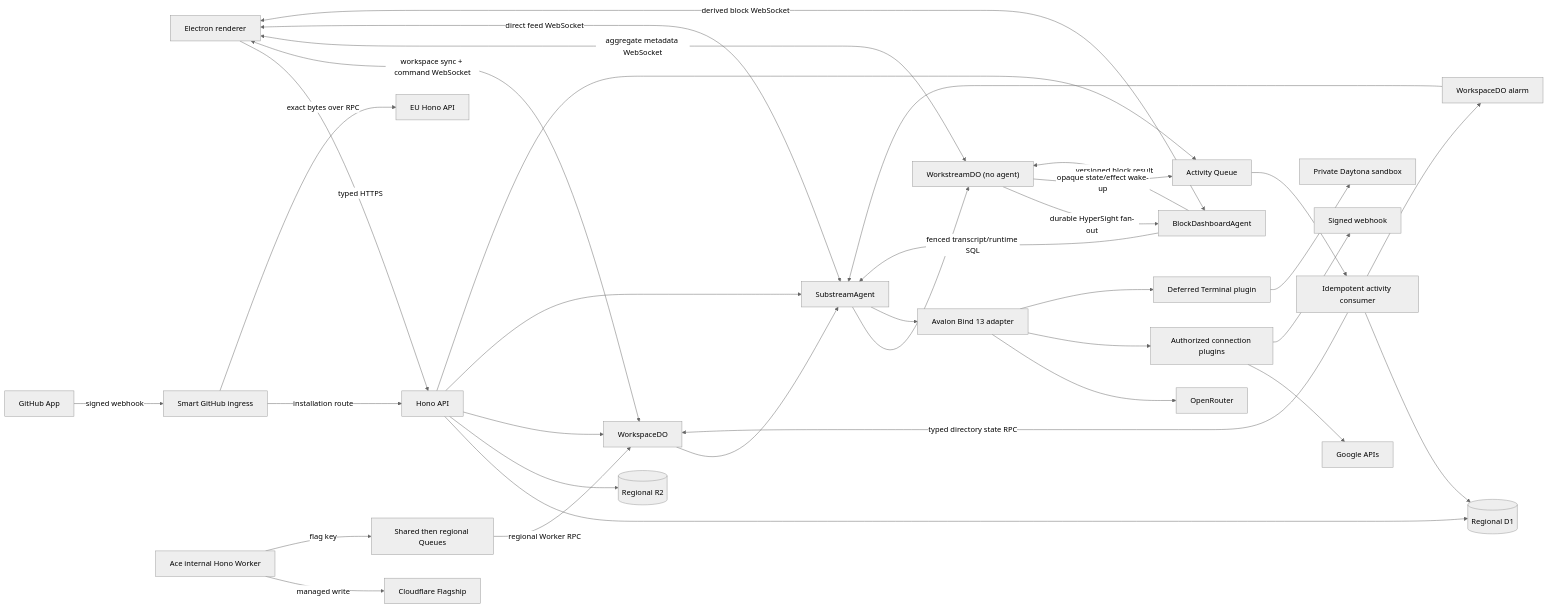
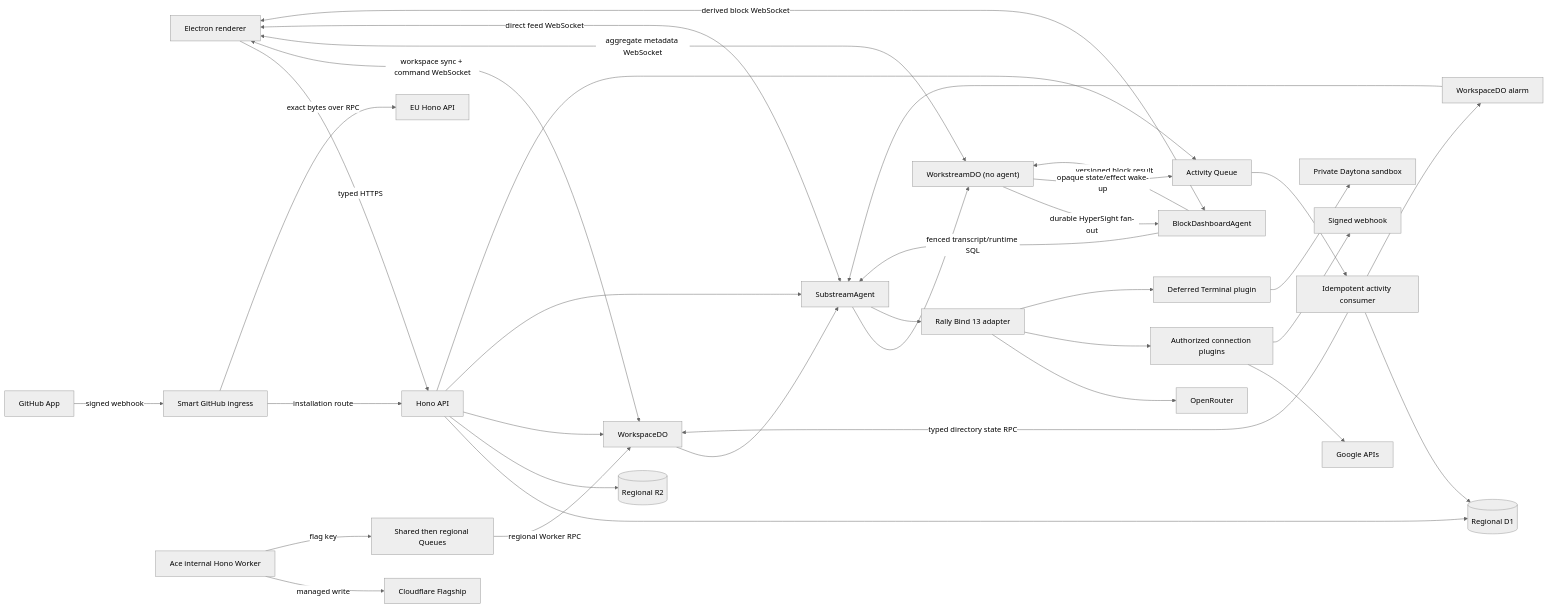
The diagram in docs/architecture.md (juno-ai-labs/avalon), drawn with Mermaid (neutral theme) before and after one commit. The commit also changed other lines of this file and 701 other files, not shown here.

````diff
--- a/docs/architecture.md
+++ b/docs/architecture.md
@@ -90,37 +90,37 @@
 ```mermaid
 flowchart LR
   E["Electron renderer"] -->|"typed HTTPS"| H["Hono API"]
   E <-->|"workspace sync + command WebSocket"| WD["WorkspaceDO"]
   E <-->|"aggregate metadata WebSocket"| WS["WorkstreamDO (no agent)"]
   E <-->|"direct feed WebSocket"| SA["SubstreamAgent"]
   E <-->|"derived block WebSocket"| HB["BlockDashboardAgent"]
   WS -->|"durable HyperSight fan-out"| HB["BlockDashboardAgent"]
   HB -->|"fenced transcript/runtime SQL"| SA
   HB -->|"versioned block result"| WS
   H --> D[("Regional D1")]
   H --> B[("Regional R2")]
   H --> WD
   H --> SA
   WD --> SA
   SA --> WS
   WS -->|"opaque state/effect wake-up"| Q
   H --> Q["Activity Queue"]
   GH["GitHub App"] -->|"signed webhook"| GI["Smart GitHub ingress"]
   GI -->|"installation route"| H
   GI -->|"exact bytes over RPC"| EH["EU Hono API"]
   Q --> C["Idempotent activity consumer"]
   C -->|"typed directory state RPC"| WD
   C --> D
   C --> S["WorkspaceDO alarm"]
   S --> SA
-  SA --> A["Avalon Bind 13 adapter"]
+  SA --> A["Rally Bind 13 adapter"]
   A --> O["OpenRouter"]
   A --> T["Authorized connection plugins"]
   A --> X["Deferred Terminal plugin"]
   ACE["Ace internal Hono Worker"] -->|"managed write"| FF["Cloudflare Flagship"]
   ACE -->|"flag key"| FQ["Shared then regional Queues"]
   FQ -->|"regional Worker RPC"| WD
   X --> DT["Private Daytona sandbox"]
   T --> G["Google APIs"]
   T --> M["Signed webhook"]
 ```
````
